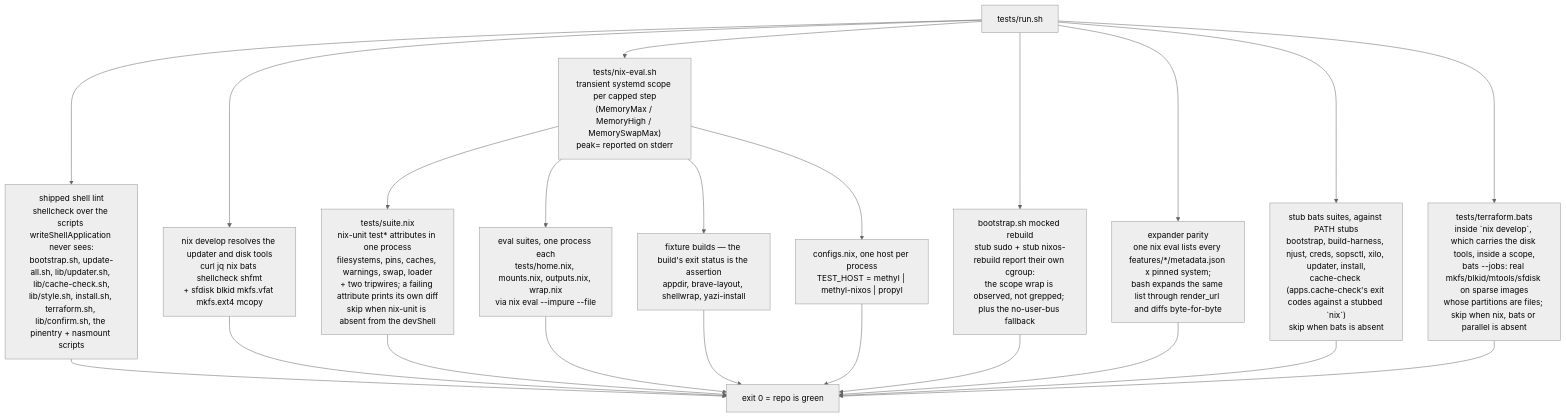
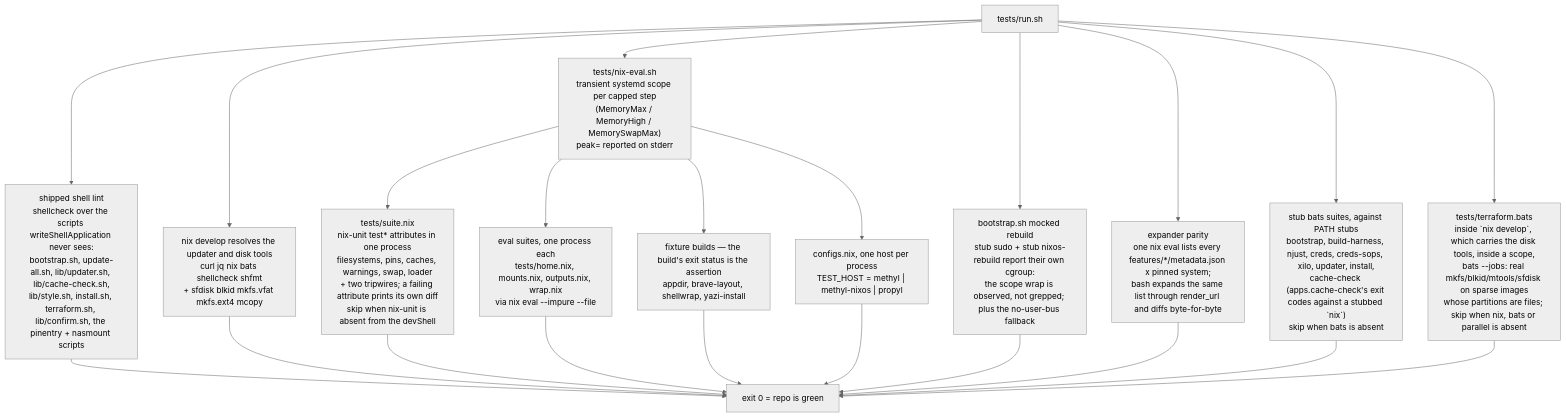
One commit to WombatFromHell/automatic-palm-tree changed the first of 5 diagrams in TEST_DESIGN.md. Above: the diagram before and after it, drawn with Mermaid (neutral theme). The commit also changed other lines of this file and 52 other files, not shown here.

````diff
--- a/TEST_DESIGN.md
+++ b/TEST_DESIGN.md
@@ -28,24 +28,24 @@
 ```mermaid
 flowchart TD
   R["tests/run.sh"] --> N["tests/nix-eval.sh<br/>transient systemd scope per capped step<br/>(MemoryMax / MemoryHigh / MemorySwapMax)<br/>peak= reported on stderr"]
   R --> LN["shipped shell lint<br/>shellcheck over the scripts writeShellApplication never sees:<br/>bootstrap.sh, update-all.sh, lib/updater.sh, lib/cache-check.sh,<br/>lib/style.sh, install.sh, terraform.sh, lib/confirm.sh, the pinentry + nasmount scripts"]
   R --> DV["nix develop resolves the updater and disk tools<br/>curl jq nix bats shellcheck shfmt<br/>+ sfdisk blkid mkfs.vfat mkfs.ext4 mcopy"]
   N --> U["tests/suite.nix<br/>nix-unit test* attributes in one process<br/>filesystems, pins, caches, warnings, swap, loader<br/>+ two tripwires; a failing attribute prints its own diff<br/>skip when nix-unit is absent from the devShell"]
   N --> G["eval suites, one process each<br/>tests/home.nix, mounts.nix, outputs.nix, wrap.nix<br/>via nix eval --impure --file"]
   N --> B["fixture builds — the build's exit status is the assertion<br/>appdir, brave-layout, shellwrap, yazi-install"]
   N --> C["configs.nix, one host per process<br/>TEST_HOST = methyl | methyl-nixos | propyl"]
   R --> M["bootstrap.sh mocked rebuild<br/>stub sudo + stub nixos-rebuild report their own cgroup:<br/>the scope wrap is observed, not grepped; plus the no-user-bus fallback"]
   R --> P["expander parity<br/>one nix eval lists every features/*/metadata.json x pinned system;<br/>bash expands the same list through render_url and diffs byte-for-byte"]
-  R --> I["stub bats suites, against PATH stubs<br/>bootstrap, build-harness, njust, creds, sopsctl, xilo, updater, install,<br/>cache-check (apps.cache-check's exit codes against a stubbed `nix`)<br/>skip when bats is absent"]
+  R --> I["stub bats suites, against PATH stubs<br/>bootstrap, build-harness, njust, creds, creds-sops, xilo, updater, install,<br/>cache-check (apps.cache-check's exit codes against a stubbed `nix`)<br/>skip when bats is absent"]
   R --> T["tests/terraform.bats<br/>inside `nix develop`, which carries the disk tools, inside a scope,<br/>bats --jobs: real mkfs/blkid/mtools/sfdisk on sparse images<br/>whose partitions are files; skip when nix, bats or parallel is absent"]
   LN --> X["exit 0 = repo is green"]
   DV --> X
   U --> X
   G --> X
   B --> X
   C --> X
   M --> X
   P --> X
   I --> X
   T --> X
 ```
````
